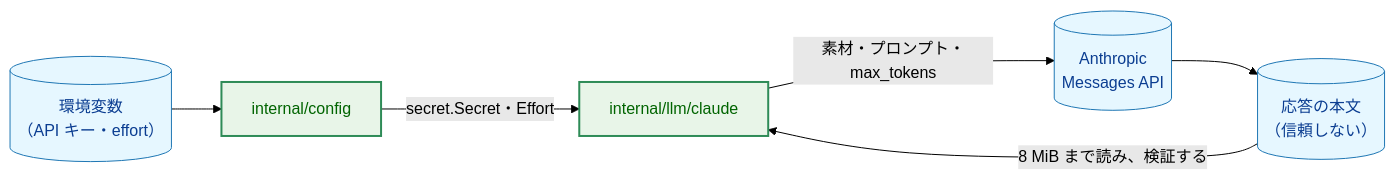
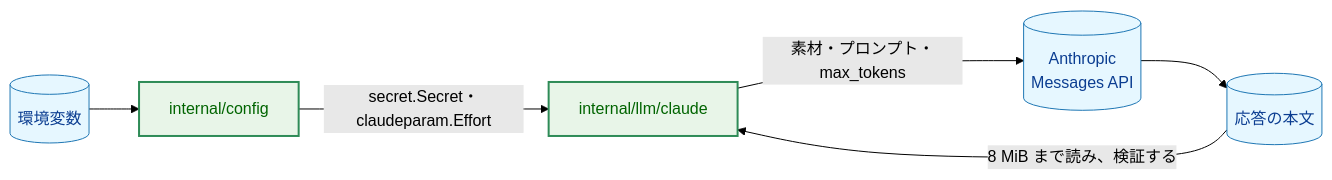
One commit to isseis/yt2column changed the sixth of 9 diagrams in docs/tasks/0041_claude_effort_max_tokens/02_architecture.md. Above: the diagram before and after it, drawn with Mermaid (forest theme). The commit also changed other lines of this file, not shown here.

First line of the commit message:
docs(0041): address the architecture panel review

````diff
--- a/docs/tasks/0041_claude_effort_max_tokens/02_architecture.md
+++ b/docs/tasks/0041_claude_effort_max_tokens/02_architecture.md
@@ -349,21 +409,20 @@
 ```mermaid
 flowchart LR
     classDef data fill:#e6f7ff,stroke:#1f77b4,stroke-width:1px,color:#0b3d91;
-    classDef process fill:#fff1e6,stroke:#ff7f0e,stroke-width:1px,color:#8a3e00;
     classDef enhanced fill:#e8f5e8,stroke:#2e8b57,stroke-width:2px,color:#006400;
 
-    ENV[("環境変数<br>（API キー・effort）")]
+    ENV[("環境変数")]
     CFG["internal/config"]
     CL["internal/llm/claude"]
     API[("Anthropic<br>Messages API")]
-    RESP[("応答の本文<br>（信頼しない）")]
+    RESP[("応答の本文")]
 
     ENV --> CFG
-    CFG -->|"secret.Secret・Effort"| CL
+    CFG -->|"secret.Secret・claudeparam.Effort"| CL
     CL -->|"素材・プロンプト・max_tokens"| API
     API --> RESP
     RESP -->|"8 MiB まで読み、検証する"| CL
 
     class ENV,API,RESP data
     class CFG,CL enhanced
 ```
````
